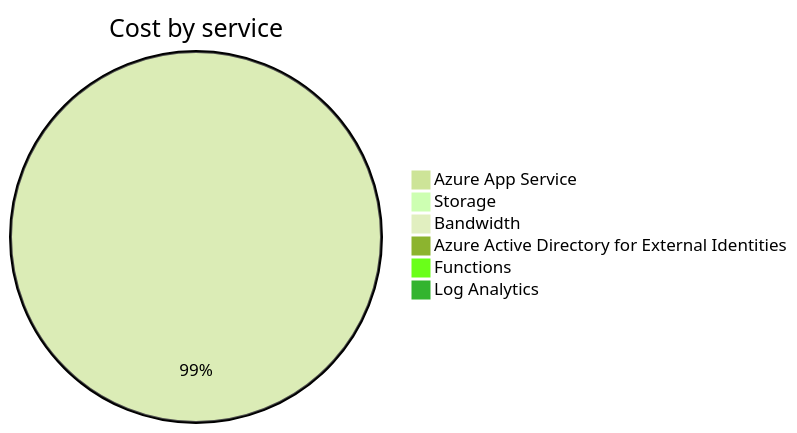
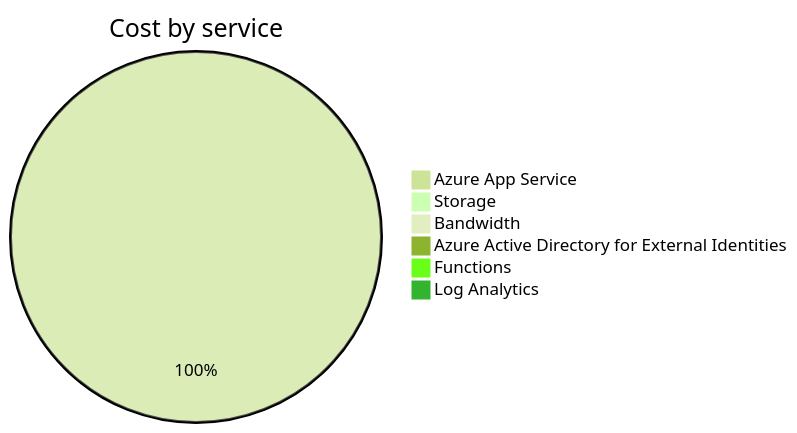
Before and after one commit to jpfulton/azure-personal-reports: the second of 4 diagrams in cost-reports/personal-site/README.md, drawn with Mermaid (forest theme). The commit also changed other lines of this file and 7 other files, not shown here.

````diff
--- a/cost-reports/personal-site/README.md
+++ b/cost-reports/personal-site/README.md
@@ -100,10 +100,10 @@
 ```mermaid
 pie
    title Cost by service
-   "Azure App Service" : 5.82
+   "Azure App Service" : 6.41
    "Storage" : 0.03
    "Bandwidth" : 0.00
    "Azure Active Directory for External Identities" : 0.00
    "Functions" : 0.00
    "Log Analytics" : 0.00
 ```
````
